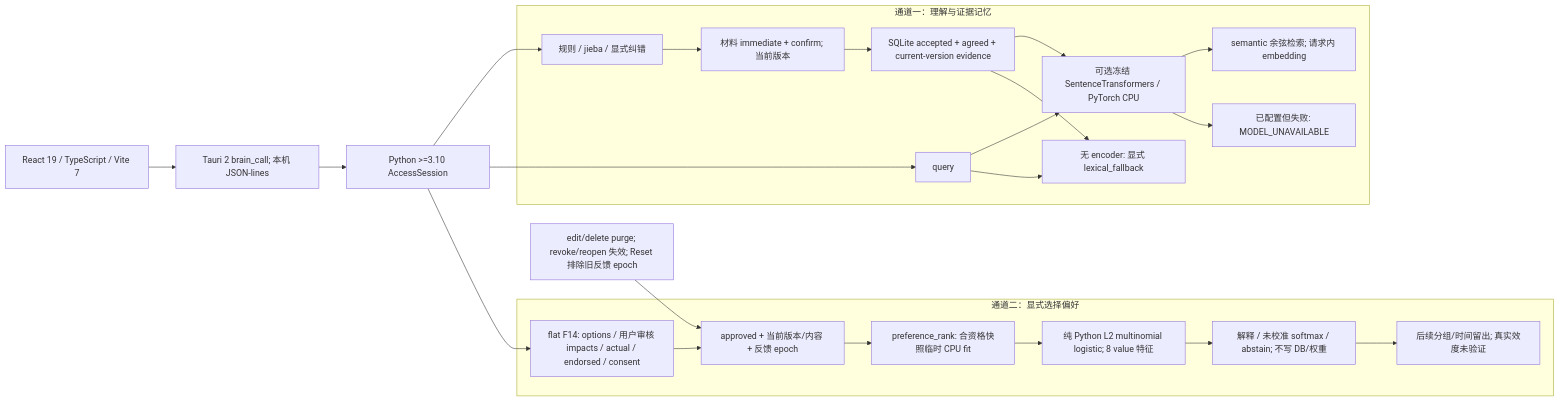
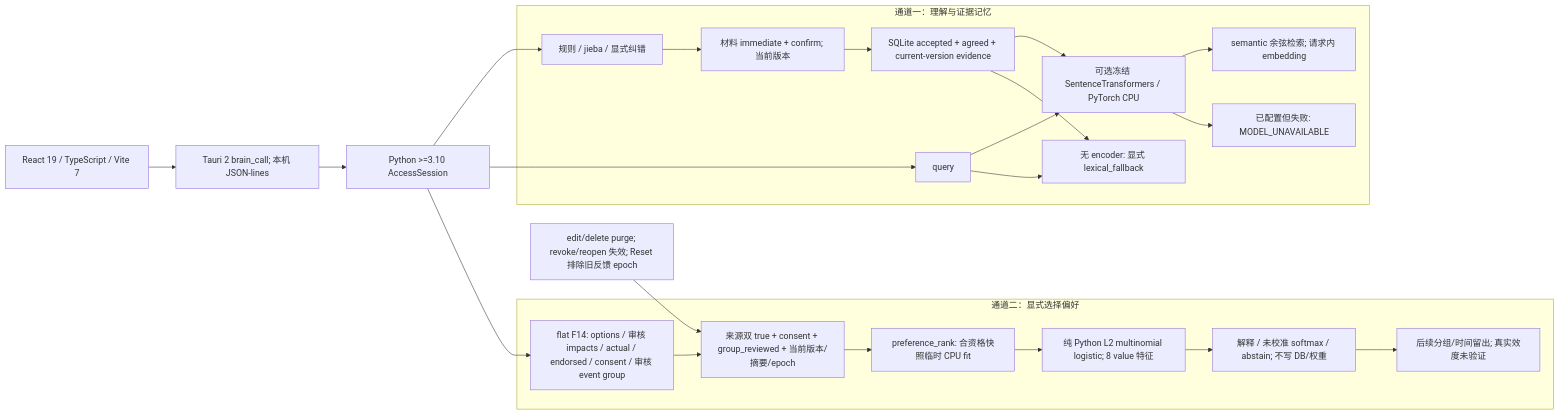
One commit to Azusalina/Alpha changed the diagram in back-end-core/docs/hybrid-learning-plan.md. Above: the diagram before and after it, drawn with Mermaid. The commit also changed other lines of this file and 29 other files, not shown here.

````diff
--- a/back-end-core/docs/hybrid-learning-plan.md
+++ b/back-end-core/docs/hybrid-learning-plan.md
@@ -29,27 +31,27 @@
 ```mermaid
 flowchart LR
     U["React 19 / TypeScript / Vite 7"] --> H["Tauri 2 brain_call; 本机 JSON-lines"]
     H --> G["Python >=3.10 AccessSession"]
     subgraph A["通道一：理解与证据记忆"]
         R["规则 / jieba / 显式纠错"] --> T["材料 immediate + confirm; 当前版本"]
         T --> M["SQLite accepted + agreed + current-version evidence"]
         M --> S["可选冻结 SentenceTransformers / PyTorch CPU"]
         Q["query"] --> S
         S --> O["semantic 余弦检索; 请求内 embedding"]
         Q --> F["无 encoder: 显式 lexical_fallback"]
         M --> F
         S --> X["已配置但失败: MODEL_UNAVAILABLE"]
     end
     subgraph B["通道二：显式选择偏好"]
-        C["flat F14: options / 用户审核 impacts / actual / endorsed / consent"]
-        C --> E["approved + 当前版本/内容 + 反馈 epoch"]
+        C["flat F14: options / 审核 impacts / actual / endorsed / consent / 审核 event group"]
+        C --> E["来源双 true + consent + group_reviewed + 当前版本/摘要/epoch"]
         E --> L["preference_rank: 合资格快照临时 CPU fit"]
         L --> P["纯 Python L2 multinomial logistic; 8 value 特征"]
         P --> I["解释 / 未校准 softmax / abstain; 不写 DB/权重"]
         I --> V["后续分组/时间留出; 真实效度未验证"]
     end
     G --> R
     G --> Q
     G --> C
     D["edit/delete purge; revoke/reopen 失效; Reset 排除旧反馈 epoch"] --> E
 ```
````
